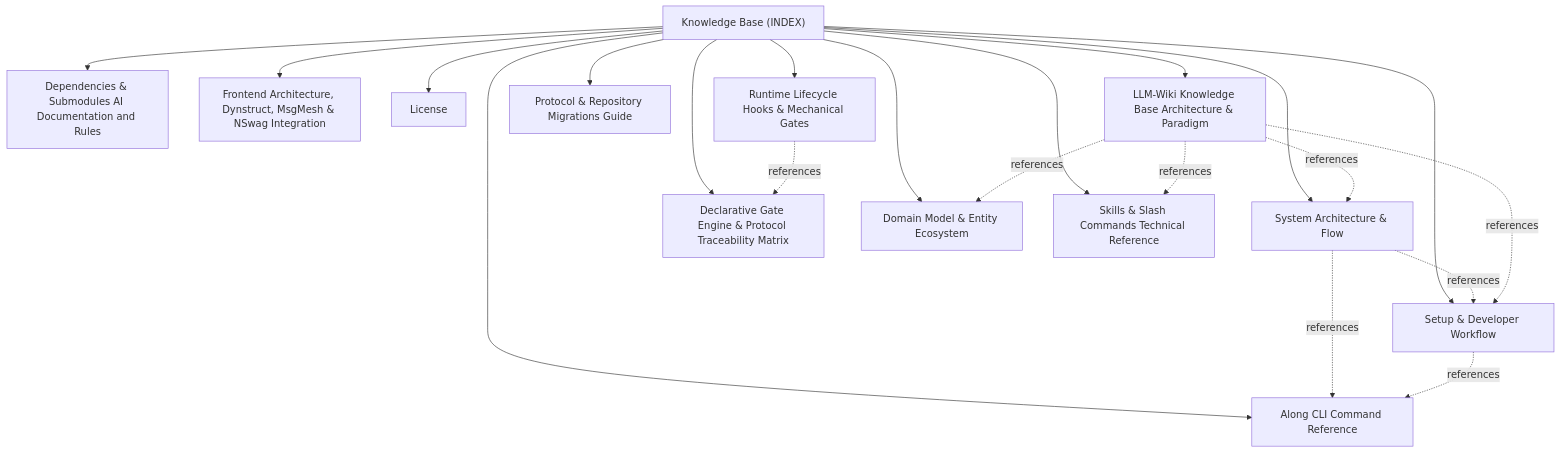
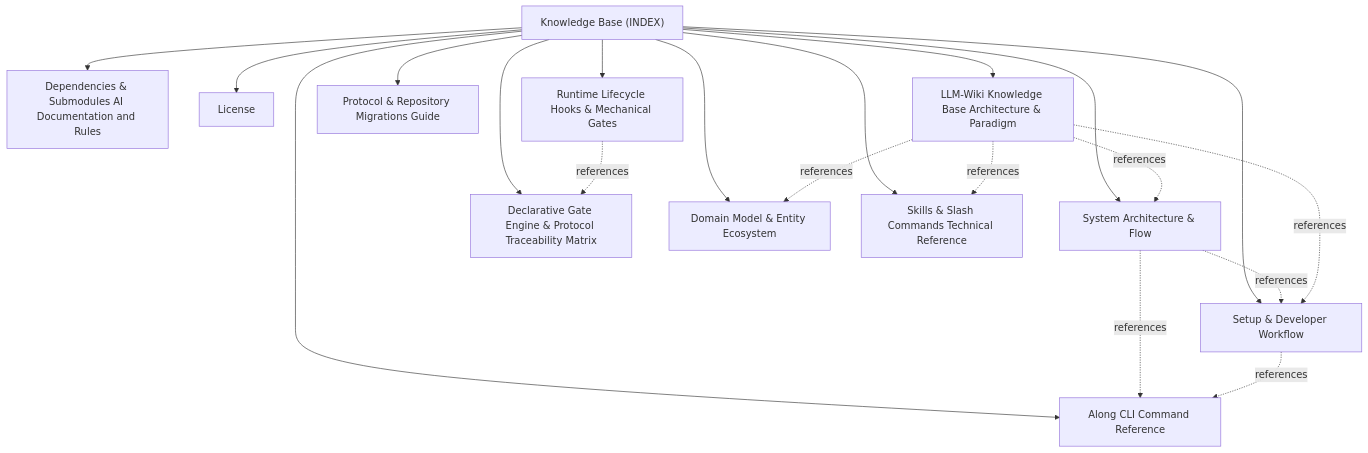
The diagram in docs/INDEX.md (actdim/along), drawn with Mermaid before and after one commit. The commit also changed other lines of this file and 25 other files, not shown here.

Commit message:
feat(skills): add along-graph-impact and along-graph-arch user skills with lifecycle enforcement (refs #code-review-graph-user-skills)

````diff
--- a/docs/INDEX.md
+++ b/docs/INDEX.md
@@ -17,36 +17,34 @@
 ```mermaid
 flowchart TD
     INDEX["Knowledge Base (INDEX)"]
     T_ARCHITECTURE["System Architecture & Flow"]
     INDEX --> T_ARCHITECTURE
     T_CLI_REFERENCE["Along CLI Command Reference"]
     INDEX --> T_CLI_REFERENCE
     T_DECLARATIVE_GATES_AND_TRACEABILITY["Declarative Gate Engine & Protocol Traceability Matrix"]
     INDEX --> T_DECLARATIVE_GATES_AND_TRACEABILITY
     T_DEPENDENCIES["Dependencies & Submodules AI Documentation and Rules"]
     INDEX --> T_DEPENDENCIES
     T_DOMAIN_MODEL["Domain Model & Entity Ecosystem"]
     INDEX --> T_DOMAIN_MODEL
-    T_FRONTEND_FRAMEWORKS["Frontend Architecture, Dynstruct, MsgMesh & NSwag Integration"]
-    INDEX --> T_FRONTEND_FRAMEWORKS
     T_LICENSE["License"]
     INDEX --> T_LICENSE
     T_LLM_WIKI_ARCHITECTURE["LLM-Wiki Knowledge Base Architecture & Paradigm"]
     INDEX --> T_LLM_WIKI_ARCHITECTURE
     T_MIGRATIONS["Protocol & Repository Migrations Guide"]
     INDEX --> T_MIGRATIONS
     T_RUNTIME_HOOKS_AND_GATES["Runtime Lifecycle Hooks & Mechanical Gates"]
     INDEX --> T_RUNTIME_HOOKS_AND_GATES
     T_SETUP_AND_WORKFLOW["Setup & Developer Workflow"]
     INDEX --> T_SETUP_AND_WORKFLOW
     T_SKILLS_REFERENCE["Skills & Slash Commands Technical Reference"]
     INDEX --> T_SKILLS_REFERENCE
     T_ARCHITECTURE -.->|references| T_CLI_REFERENCE
     T_ARCHITECTURE -.->|references| T_SETUP_AND_WORKFLOW
     T_LLM_WIKI_ARCHITECTURE -.->|references| T_ARCHITECTURE
     T_LLM_WIKI_ARCHITECTURE -.->|references| T_DOMAIN_MODEL
     T_LLM_WIKI_ARCHITECTURE -.->|references| T_SKILLS_REFERENCE
     T_LLM_WIKI_ARCHITECTURE -.->|references| T_SETUP_AND_WORKFLOW
     T_RUNTIME_HOOKS_AND_GATES -.->|references| T_DECLARATIVE_GATES_AND_TRACEABILITY
     T_SETUP_AND_WORKFLOW -.->|references| T_CLI_REFERENCE
 ```
````
